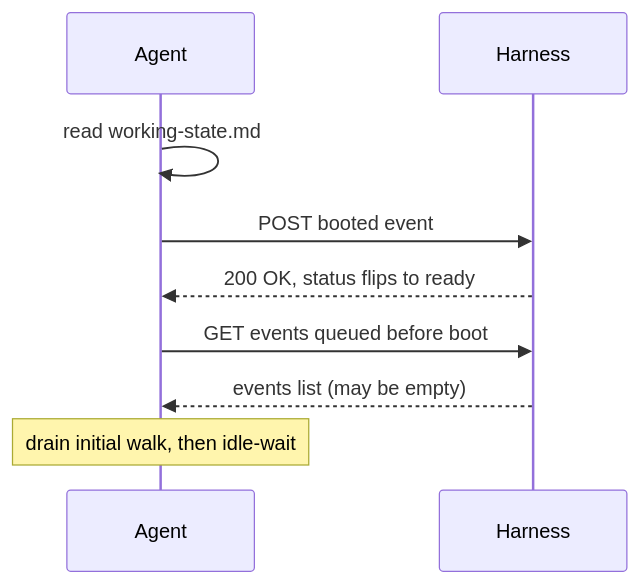
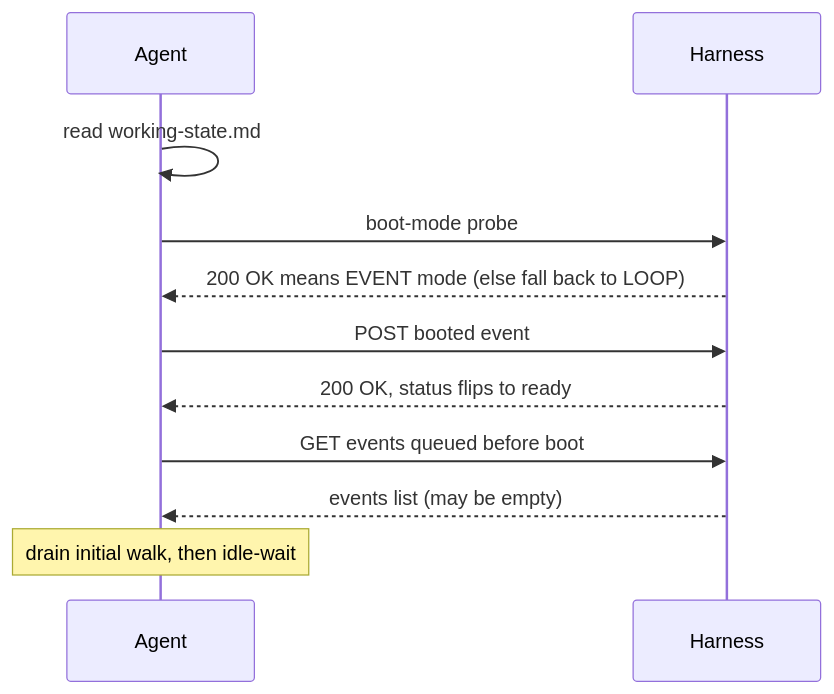
The first of 2 diagrams in .squidsquad/dm/CLAUDE.linked.md (WallyDoodlez/SquidSquad), drawn with Mermaid before and after one commit. The commit also changed other lines of this file and 8 other files, not shown here.

First line of the commit message:
skill: #11144 Iter 16 — add boot-mode probe + branch to session-boot diagram

````diff
--- a/.squidsquad/dm/CLAUDE.linked.md
+++ b/.squidsquad/dm/CLAUDE.linked.md
@@ -198,11 +198,13 @@
 ```mermaid
 sequenceDiagram
     participant A as Agent
     participant H as Harness
     A->>A: read working-state.md
+    A->>H: boot-mode probe
+    H-->>A: 200 OK means EVENT mode (else fall back to LOOP)
     A->>H: POST booted event
     H-->>A: 200 OK, status flips to ready
     A->>H: GET events queued before boot
     H-->>A: events list (may be empty)
     Note over A: drain initial walk, then idle-wait
 ```
````
